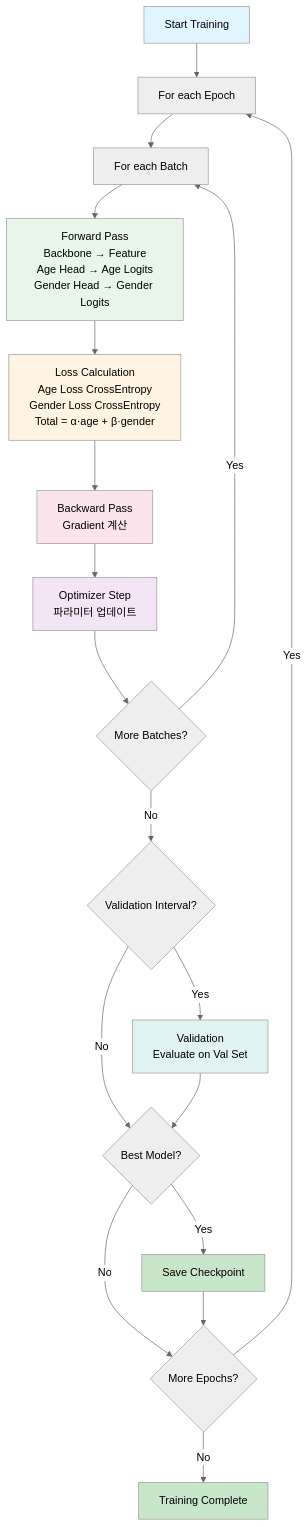
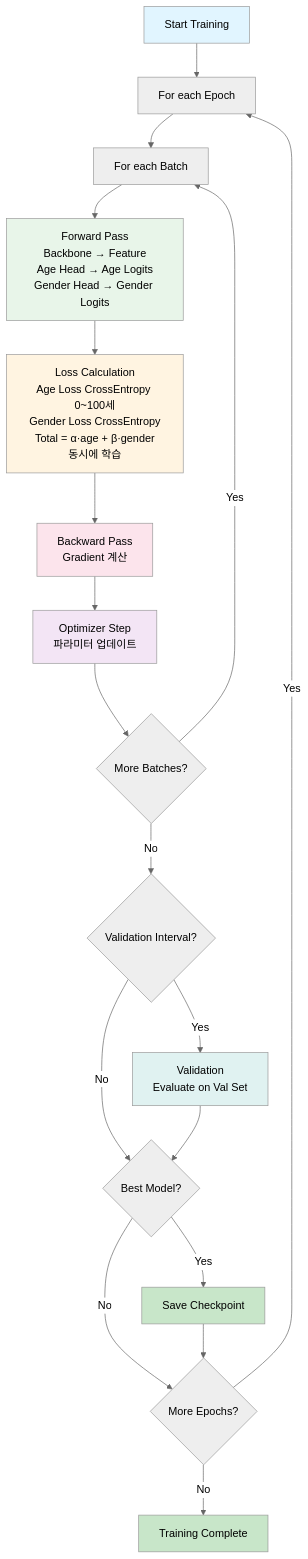
The second of 4 diagrams in age_gender_estimation/docs/pipeline_diagram.md (yong-again/portfolio), drawn with Mermaid (neutral theme) before and after one commit. The commit also changed other lines of this file and 12 other files, not shown here.

Commit message:
[EDIT] phone_detect, age_gender_estimation

````diff
--- a/age_gender_estimation/docs/pipeline_diagram.md
+++ b/age_gender_estimation/docs/pipeline_diagram.md
@@ -50,29 +50,29 @@
 ```mermaid
 graph TD
     A[Start Training] --> B[For each Epoch]
     B --> C[For each Batch]
     C --> D[Forward Pass<br/>Backbone → Feature<br/>Age Head → Age Logits<br/>Gender Head → Gender Logits]
-    D --> E[Loss Calculation<br/>Age Loss CrossEntropy<br/>Gender Loss CrossEntropy<br/>Total = α·age + β·gender]
+    D --> E[Loss Calculation<br/>Age Loss CrossEntropy 0~100세<br/>Gender Loss CrossEntropy<br/>Total = α·age + β·gender<br/>동시에 학습]
     E --> F[Backward Pass<br/>Gradient 계산]
     F --> G[Optimizer Step<br/>파라미터 업데이트]
     G --> H{More Batches?}
     H -->|Yes| C
     H -->|No| I{Validation Interval?}
     I -->|Yes| J[Validation<br/>Evaluate on Val Set]
     I -->|No| K{Best Model?}
     J --> K
     K -->|Yes| L[Save Checkpoint]
     K -->|No| M{More Epochs?}
     L --> M
     M -->|Yes| B
     M -->|No| N[Training Complete]
     
     style A fill:#e1f5ff
     style D fill:#e8f5e9
     style E fill:#fff4e1
     style F fill:#fce4ec
     style G fill:#f3e5f5
     style J fill:#e0f2f1
     style L fill:#c8e6c9
     style N fill:#c8e6c9
 ```
````
